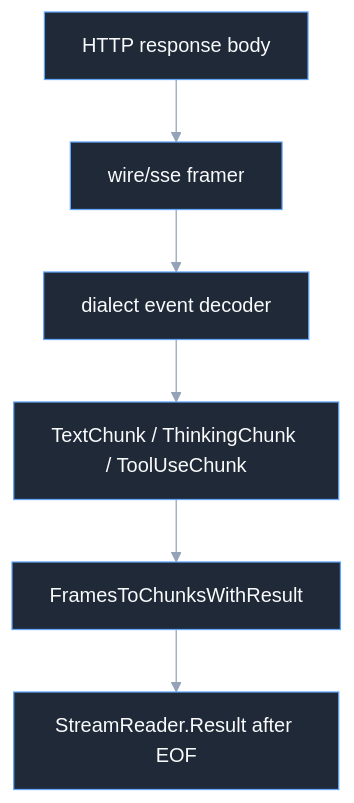
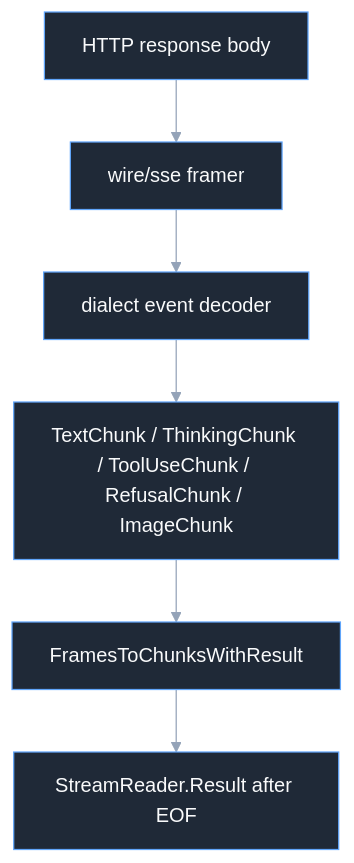
Before and after one commit to looprig/.github: the diagram in docs/guides/inference/codecs/streaming.md, drawn with Mermaid. The commit also changed other lines of this file and 12 other files, not shown here.

````diff
--- a/docs/guides/inference/codecs/streaming.md
+++ b/docs/guides/inference/codecs/streaming.md
@@ -24,9 +24,9 @@
 ```mermaid
 %%{init: {"theme":"base","themeVariables":{"background":"#111827","primaryColor":"#1f2937","primaryTextColor":"#f9fafb","primaryBorderColor":"#60a5fa","lineColor":"#94a3b8","secondaryColor":"#172033","tertiaryColor":"#0f172a","fontFamily":"Inter, ui-sans-serif, system-ui"}}}%%
 flowchart TD
     B["HTTP response body"] --> F["wire/sse framer"]
     F --> E["dialect event decoder"]
-    E --> C["TextChunk / ThinkingChunk / ToolUseChunk"]
+    E --> C["TextChunk / ThinkingChunk / ToolUseChunk / RefusalChunk / ImageChunk"]
     C --> A["FramesToChunksWithResult"]
     A --> R["StreamReader.Result after EOF"]
 ```
````
